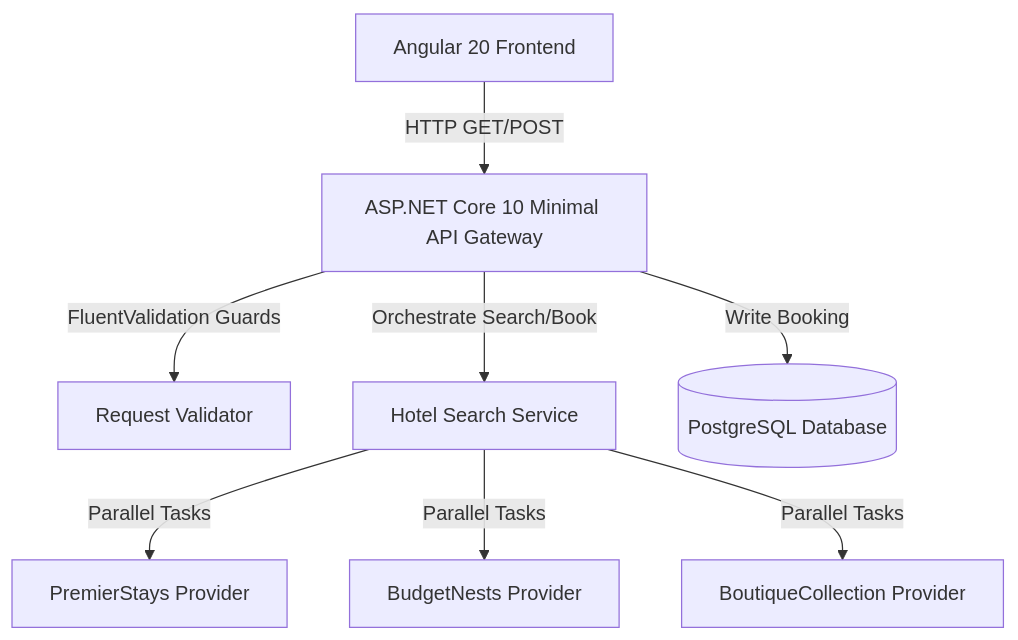
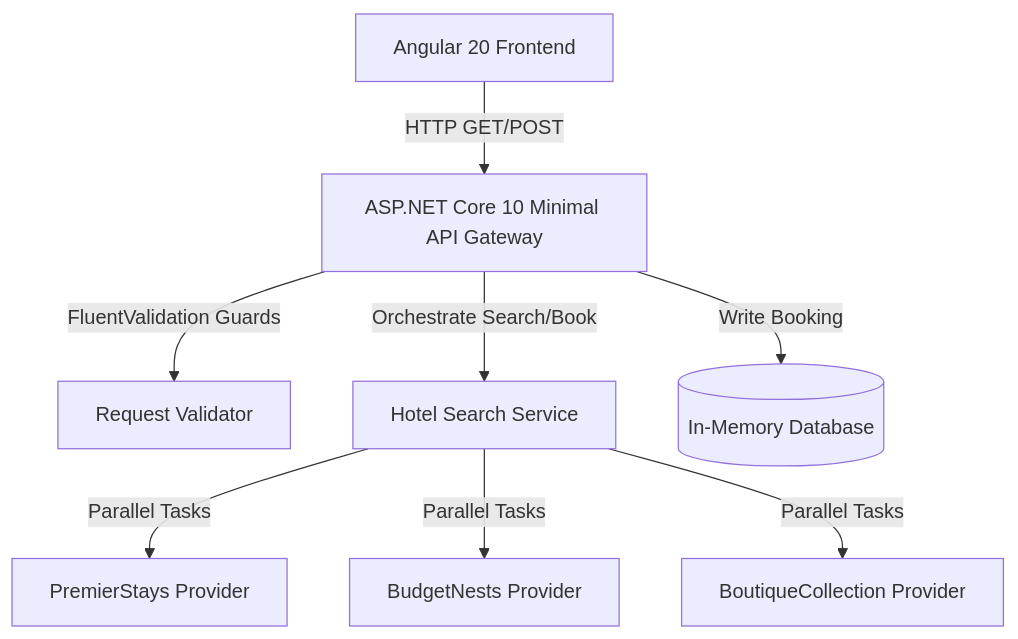
Before and after one commit to praveen-503/hotelstay-booking-platform: the diagram in README.md, drawn with Mermaid. The commit also changed other lines of this file and 20 other files, not shown here.

Commit message:
feat: implement core hotel search, booking services, and API endpoints with infrastructure providers and data validation

````diff
--- a/README.md
+++ b/README.md
@@ -12,10 +12,10 @@
 ```mermaid
 graph TD
     Client[Angular 20 Frontend] -->|HTTP GET/POST| API[ASP.NET Core 10 Minimal API Gateway]
     API -->|FluentValidation Guards| Validator[Request Validator]
     API -->|Orchestrate Search/Book| Aggregator[Hotel Search Service]
     Aggregator -->|Parallel Tasks| P1[PremierStays Provider]
     Aggregator -->|Parallel Tasks| P2[BudgetNests Provider]
     Aggregator -->|Parallel Tasks| P3[BoutiqueCollection Provider]
-    API -->|Write Booking| DB[(PostgreSQL Database)]
+    API -->|Write Booking| DB[(In-Memory Database)]
 ```
````
